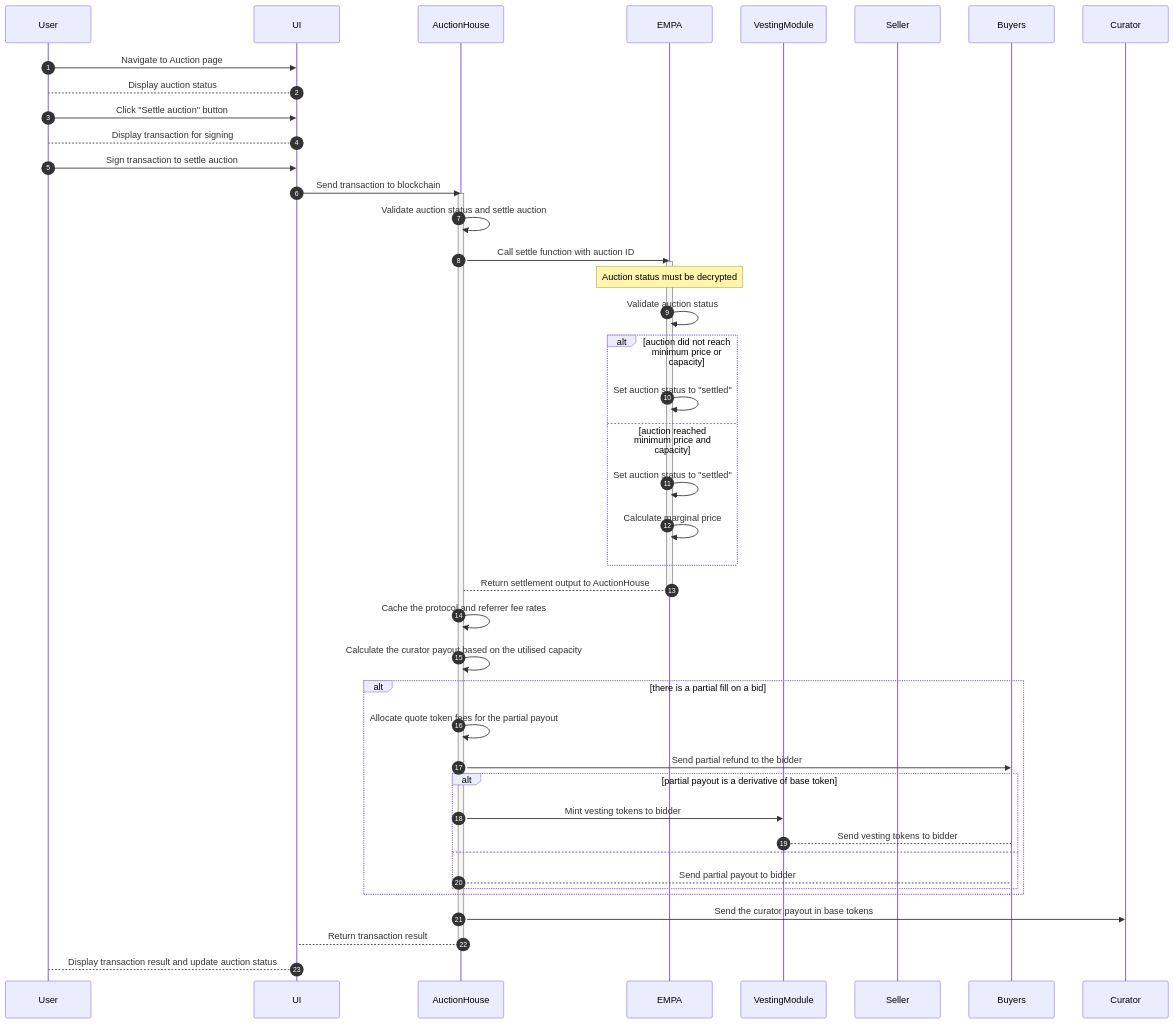
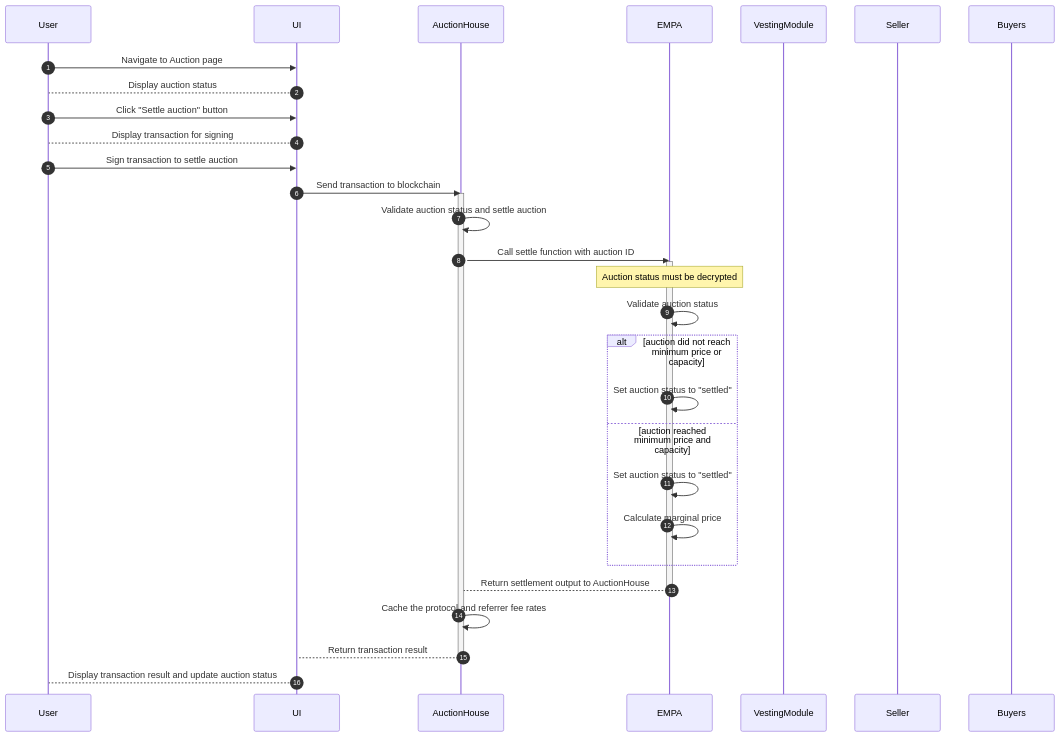
One commit to Axis-Fi/axis-core changed the sixth of 9 diagrams in design/EMPA.md. Above: the diagram before and after it, drawn with Mermaid. The commit also changed other lines of this file, not shown here.

````diff
--- a/design/EMPA.md
+++ b/design/EMPA.md
@@ -322,48 +319,36 @@
 ```mermaid
 sequenceDiagram
   autoNumber
   participant User
   participant UI
   participant AuctionHouse
   participant EMPA
   participant VestingModule
   participant Seller
   participant Buyers
 
   User->>UI: Navigate to Auction page
   UI-->User: Display auction status
   User->>UI: Click "Settle auction" button
   UI-->User: Display transaction for signing
   User->>UI: Sign transaction to settle auction
   UI->>AuctionHouse: Send transaction to blockchain
   activate AuctionHouse
       AuctionHouse->>AuctionHouse: Validate auction status and settle auction
       AuctionHouse->>EMPA: Call settle function with auction ID
       activate EMPA
           Note over EMPA: Auction status must be decrypted
           EMPA->>EMPA: Validate auction status
           alt auction did not reach minimum price or capacity
               EMPA->>EMPA: Set auction status to "settled"
           else auction reached minimum price and capacity
               EMPA->>EMPA: Set auction status to "settled"
               EMPA->>EMPA: Calculate marginal price
           end
           EMPA-->AuctionHouse: Return settlement output to AuctionHouse
       deactivate EMPA
       AuctionHouse->>AuctionHouse: Cache the protocol and referrer fee rates
-      AuctionHouse->>AuctionHouse: Calculate the curator payout based on the utilised capacity
-      alt there is a partial fill on a bid
-          AuctionHouse->>AuctionHouse: Allocate quote token fees for the partial payout
-          AuctionHouse->>Buyers: Send partial refund to the bidder
-          alt partial payout is a derivative of base token
-            AuctionHouse->>VestingModule: Mint vesting tokens to bidder
-            VestingModule-->Buyers: Send vesting tokens to bidder
-          else
-            AuctionHouse-->Buyers: Send partial payout to bidder
-          end
-      end
-      AuctionHouse->>Curator: Send the curator payout in base tokens
       AuctionHouse-->UI: Return transaction result
   deactivate AuctionHouse
   UI-->User: Display transaction result and update auction status
 ```
````
